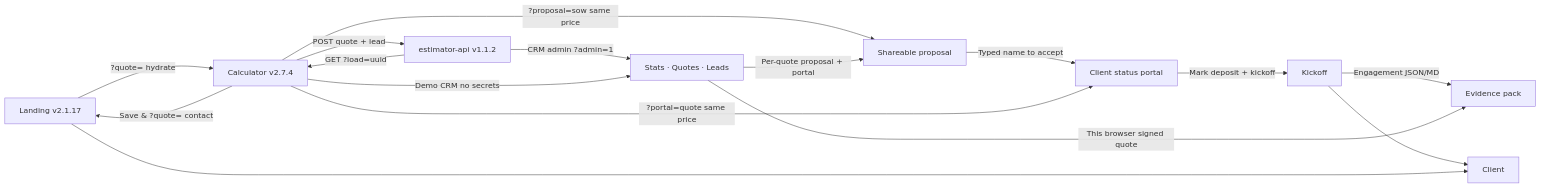
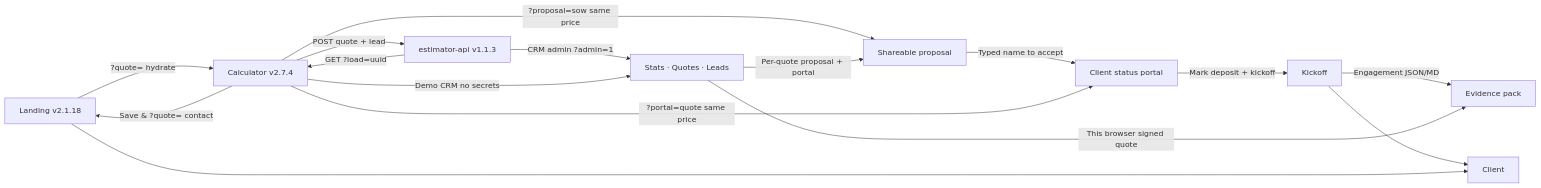
The diagram in README.md (pixellayer7-jpg/pixellayer7-jpg), drawn with Mermaid before and after one commit. The commit also changed other lines of this file and 4 other files, not shown here.

Commit message:
Sync profile docs to landing v2.1.18 and API v1.1.3.

````diff
--- a/README.md
+++ b/README.md
@@ -21,18 +21,18 @@
 ```mermaid
 flowchart LR
-  A[Landing v2.1.17] -->|?quote= hydrate| B[Calculator v2.7.4]
+  A[Landing v2.1.18] -->|?quote= hydrate| B[Calculator v2.7.4]
   B -->|Save & ?quote= contact| A
   B -->|?proposal=sow same price| R[Shareable proposal]
   R -->|Typed name to accept| P[Client status portal]
   P -->|Mark deposit + kickoff| K[Kickoff]
   K -->|Engagement JSON/MD| X[Evidence pack]
   B -->|?portal=quote same price| P
-  B -->|POST quote + lead| D[estimator-api v1.1.2]
+  B -->|POST quote + lead| D[estimator-api v1.1.3]
   D -->|CRM admin ?admin=1| E[Stats · Quotes · Leads]
   B -->|Demo CRM no secrets| E
   E -->|This browser signed quote| X
   E -->|Per-quote proposal + portal| R
   K --> F[Client]
   D -->|GET ?load=uuid| B
   A --> F[Client]
 ```
````
